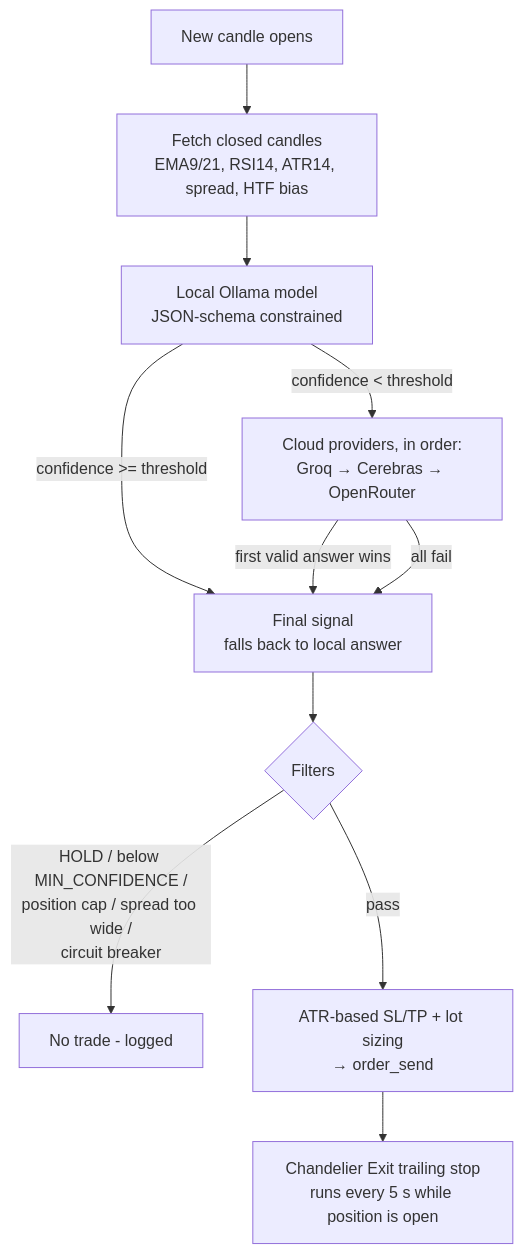
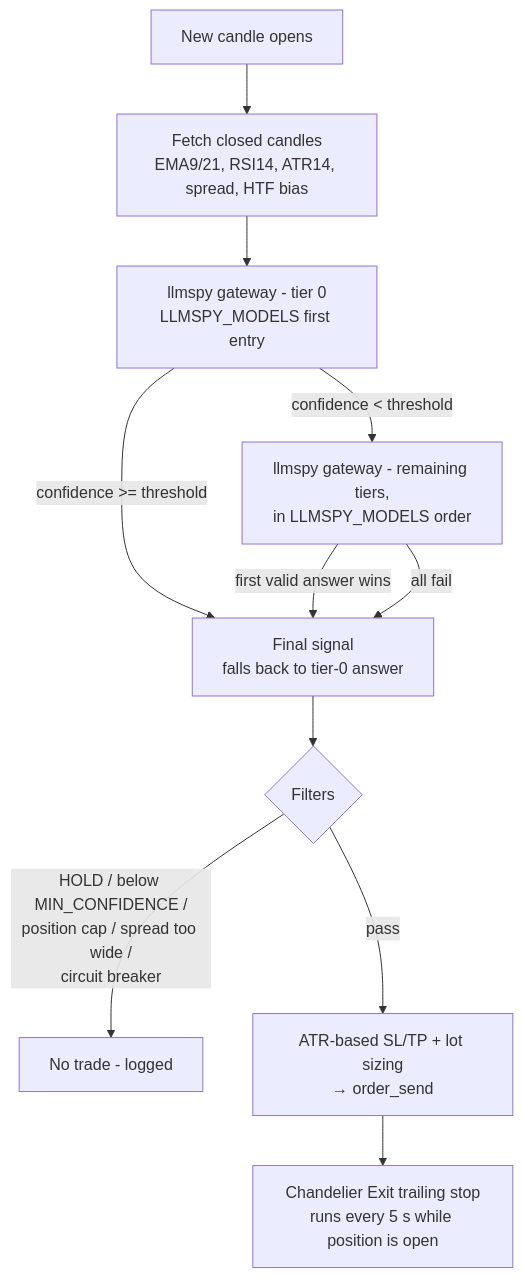
One commit to ZhelyazkoA/LLM_FX changed the diagram in README.md. Above: the diagram before and after it, drawn with Mermaid. The commit also changed other lines of this file and 4 other files, not shown here.

````diff
--- a/README.md
+++ b/README.md
@@ -16,13 +16,13 @@
 ```mermaid
 flowchart TD
     A[New candle opens] --> B[Fetch closed candles<br/>EMA9/21, RSI14, ATR14, spread, HTF bias]
-    B --> C[Local Ollama model<br/>JSON-schema constrained]
+    B --> C[llmspy gateway - tier 0<br/>LLMSPY_MODELS first entry]
     C -->|confidence >= threshold| F
-    C -->|confidence < threshold| D[Cloud providers, in order:<br/>Groq → Cerebras → OpenRouter]
+    C -->|confidence < threshold| D[llmspy gateway - remaining tiers,<br/>in LLMSPY_MODELS order]
     D -->|first valid answer wins| F
-    D -->|all fail| F[Final signal<br/>falls back to local answer]
+    D -->|all fail| F[Final signal<br/>falls back to tier-0 answer]
     F --> G{Filters}
     G -->|HOLD / below MIN_CONFIDENCE /<br/>position cap / spread too wide /<br/>circuit breaker| X[No trade - logged]
     G -->|pass| H[ATR-based SL/TP + lot sizing<br/>→ order_send]
     H --> I[Chandelier Exit trailing stop<br/>runs every 5 s while position is open]
 ```
````
